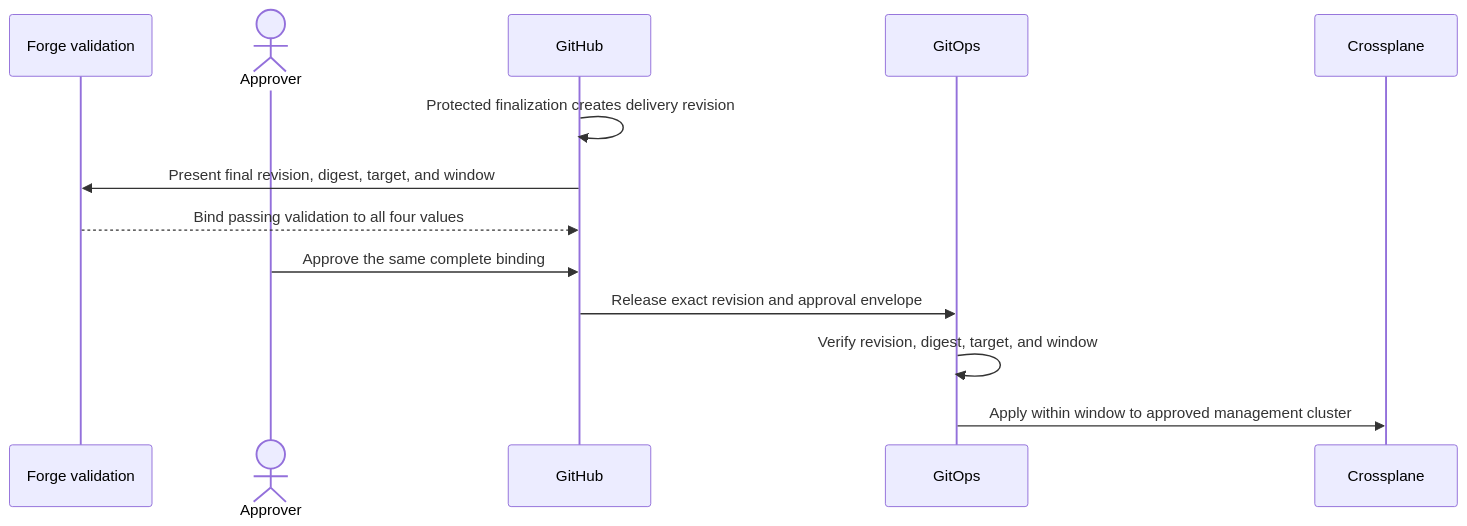
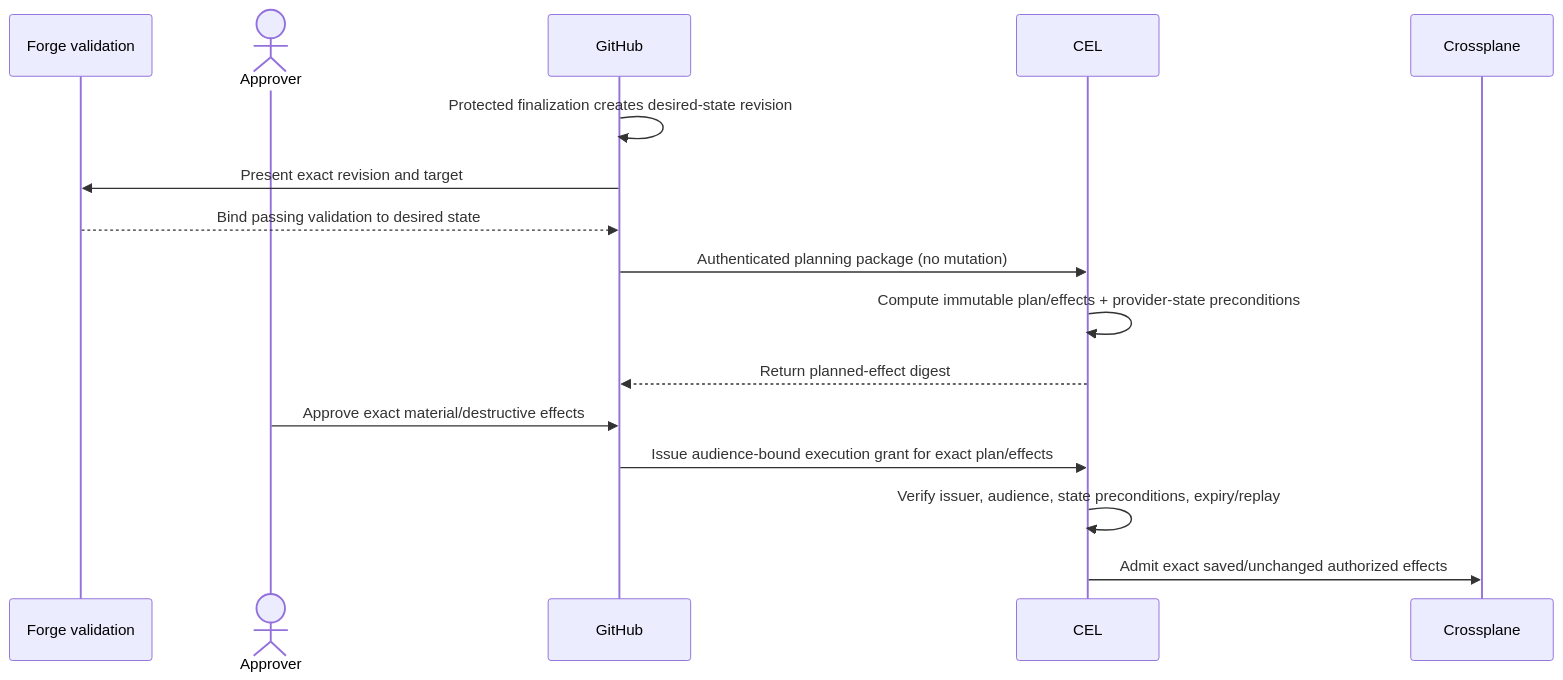
One commit to InfrastructureProductWorks/ai-powered-infrastructure-as-a-product changed the fourth of 5 diagrams in docs/PRODUCT-ARCHITECTURE.md. Above: the diagram before and after it, drawn with Mermaid. The commit also changed other lines of this file, not shown here.

Commit message:
docs: route runtime architecture through CEL

````diff
--- a/docs/PRODUCT-ARCHITECTURE.md
+++ b/docs/PRODUCT-ARCHITECTURE.md
@@ -211,16 +218,19 @@
 ```mermaid
 sequenceDiagram
   participant ForgeGate as Forge validation
   actor Approver
   participant GitHub
-  participant GitOps
+  participant CEL
   participant Crossplane
 
-  GitHub->>GitHub: Protected finalization creates delivery revision
-  GitHub->>ForgeGate: Present final revision, digest, target, and window
-  ForgeGate-->>GitHub: Bind passing validation to all four values
-  Approver->>GitHub: Approve the same complete binding
-  GitHub->>GitOps: Release exact revision and approval envelope
-  GitOps->>GitOps: Verify revision, digest, target, and window
-  GitOps->>Crossplane: Apply within window to approved management cluster
+  GitHub->>GitHub: Protected finalization creates desired-state revision
+  GitHub->>ForgeGate: Present exact revision and target
+  ForgeGate-->>GitHub: Bind passing validation to desired state
+  GitHub->>CEL: Authenticated planning package (no mutation)
+  CEL->>CEL: Compute immutable plan/effects + provider-state preconditions
+  CEL-->>GitHub: Return planned-effect digest
+  Approver->>GitHub: Approve exact material/destructive effects
+  GitHub->>CEL: Issue audience-bound execution grant for exact plan/effects
+  CEL->>CEL: Verify issuer, audience, state preconditions, expiry/replay
+  CEL->>Crossplane: Admit exact saved/unchanged authorized effects
 ```
````
